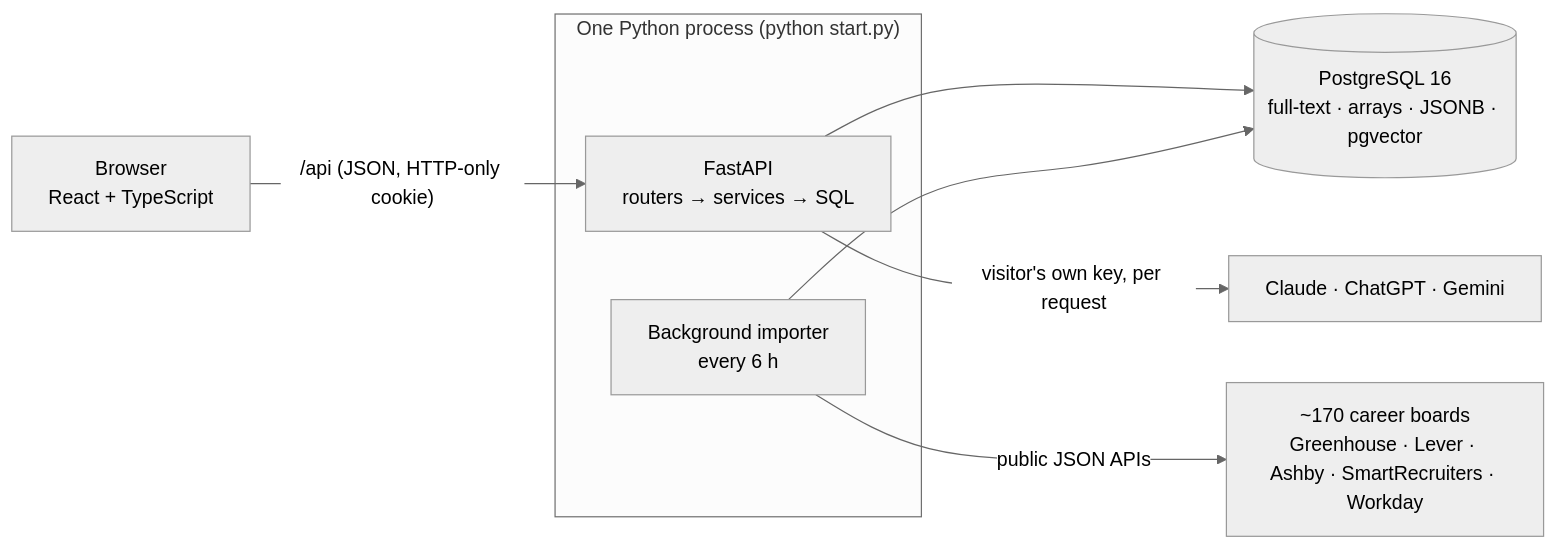
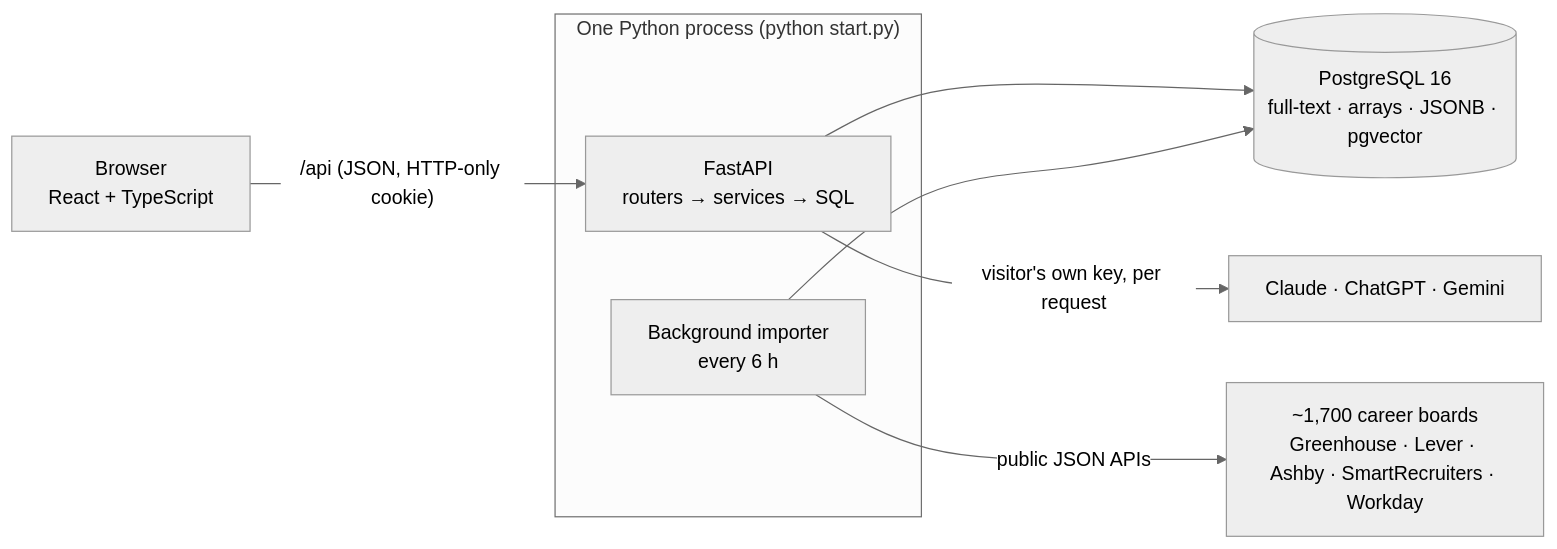
The diagram in README.md (mbendari7/COOP-Radar), drawn with Mermaid (neutral theme) before and after one commit. The commit also changed other lines of this file and 45 other files, not shown here.

````diff
--- a/README.md
+++ b/README.md
@@ -56,12 +56,12 @@
 ```mermaid
 flowchart LR
     B["Browser<br/>React + TypeScript"] -->|"/api (JSON, HTTP-only cookie)"| API
     subgraph Server["One Python process (python start.py)"]
       API["FastAPI<br/>routers → services → SQL"]
       JOBS["Background importer<br/>every 6 h"]
     end
     API --> DB[("PostgreSQL 16<br/>full-text · arrays · JSONB · pgvector")]
     JOBS --> DB
-    JOBS -->|"public JSON APIs"| BOARDS["~170 career boards<br/>Greenhouse · Lever · Ashby · SmartRecruiters · Workday"]
+    JOBS -->|"public JSON APIs"| BOARDS["~1,700 career boards<br/>Greenhouse · Lever · Ashby · SmartRecruiters · Workday"]
     API -->|"visitor's own key, per request"| AI["Claude · ChatGPT · Gemini"]
 ```
````
